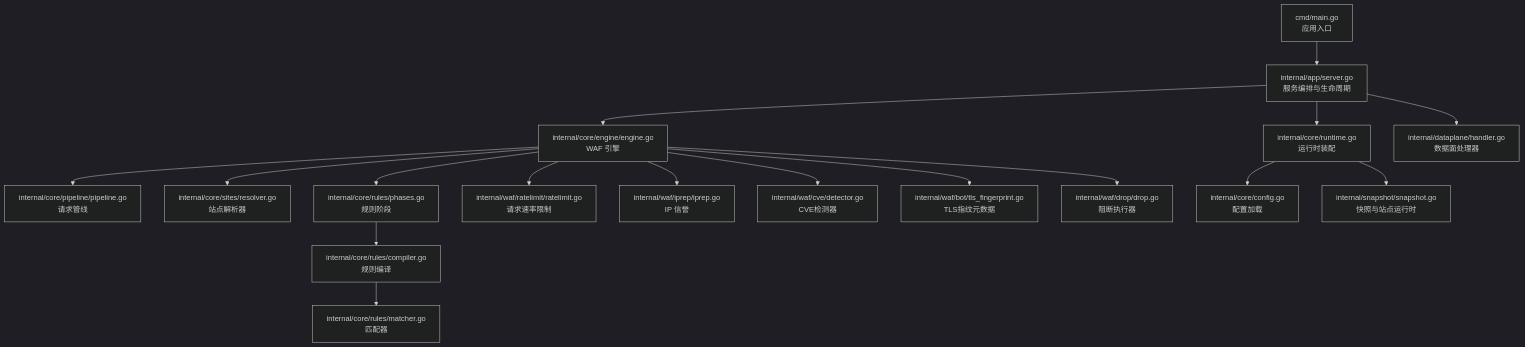
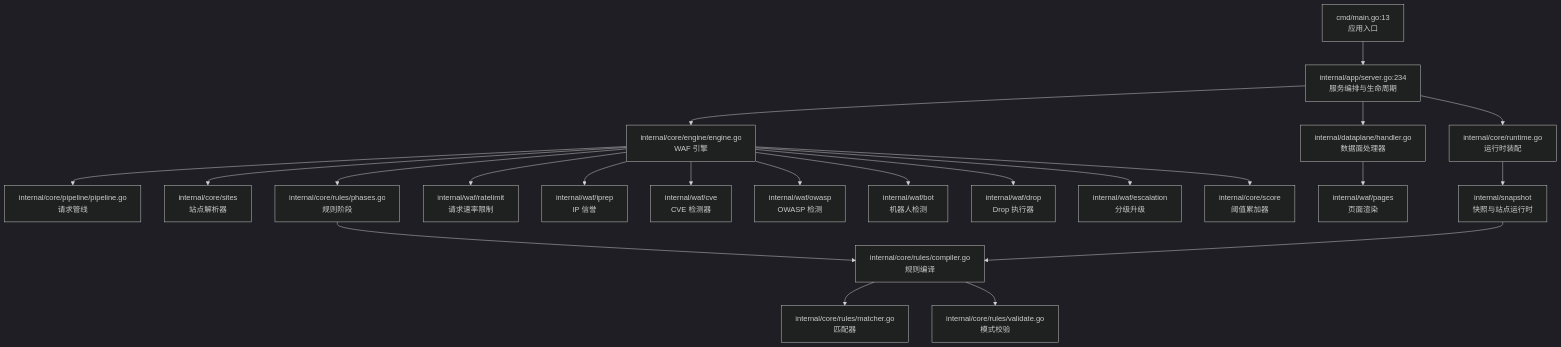
Before and after one commit to x01n/My-OpenWaf: the first of 6 diagrams in docs/WAF 引擎系统/WAF 引擎系统.md, drawn with Mermaid (dark theme). The commit also changed other lines of this file and 622 other files, not shown here.

````diff
--- a/docs/WAF 引擎系统/WAF 引擎系统.md
+++ b/docs/WAF 引擎系统/WAF 引擎系统.md
@@ -109,19 +60,24 @@
 ```mermaid
 graph TB
-A["cmd/main.go<br/>应用入口"] --> B["internal/app/server.go<br/>服务编排与生命周期"]
+A["cmd/main.go:13<br/>应用入口"] --> B["internal/app/server.go:234<br/>服务编排与生命周期"]
 B --> C["internal/core/runtime.go<br/>运行时装配"]
 B --> D["internal/core/engine/engine.go<br/>WAF 引擎"]
 D --> E["internal/core/pipeline/pipeline.go<br/>请求管线"]
-D --> F["internal/core/sites/resolver.go<br/>站点解析器"]
+D --> F["internal/core/sites<br/>站点解析器"]
 D --> G["internal/core/rules/phases.go<br/>规则阶段"]
 G --> H["internal/core/rules/compiler.go<br/>规则编译"]
 H --> I["internal/core/rules/matcher.go<br/>匹配器"]
-D --> J["internal/waf/ratelimit/ratelimit.go<br/>请求速率限制"]
-D --> K["internal/waf/iprep/iprep.go<br/>IP 信誉"]
-D --> L["internal/waf/cve/detector.go<br/>CVE检测器"]
-D --> M["internal/waf/bot/tls_fingerprint.go<br/>TLS指纹元数据"]
-D --> N["internal/waf/drop/drop.go<br/>阻断执行器"]
+H --> V["internal/core/rules/validate.go<br/>模式校验"]
+D --> J["internal/waf/ratelimit<br/>请求速率限制"]
+D --> K["internal/waf/iprep<br/>IP 信誉"]
+D --> L["internal/waf/cve<br/>CVE 检测器"]
+D --> O2["internal/waf/owasp<br/>OWASP 检测"]
+D --> B2["internal/waf/bot<br/>机器人检测"]
+D --> N["internal/waf/drop<br/>Drop 执行器"]
+D --> ESC["internal/waf/escalation<br/>分级升级"]
+D --> S2["internal/core/score<br/>阈值累加器"]
 B --> O["internal/dataplane/handler.go<br/>数据面处理器"]
-C --> P["internal/core/config.go<br/>配置加载"]
-C --> Q["internal/snapshot/snapshot.go<br/>快照与站点运行时"]
+O --> P2["internal/waf/pages<br/>页面渲染"]
+C --> Q["internal/snapshot<br/>快照与站点运行时"]
+Q --> H
 ```
````
